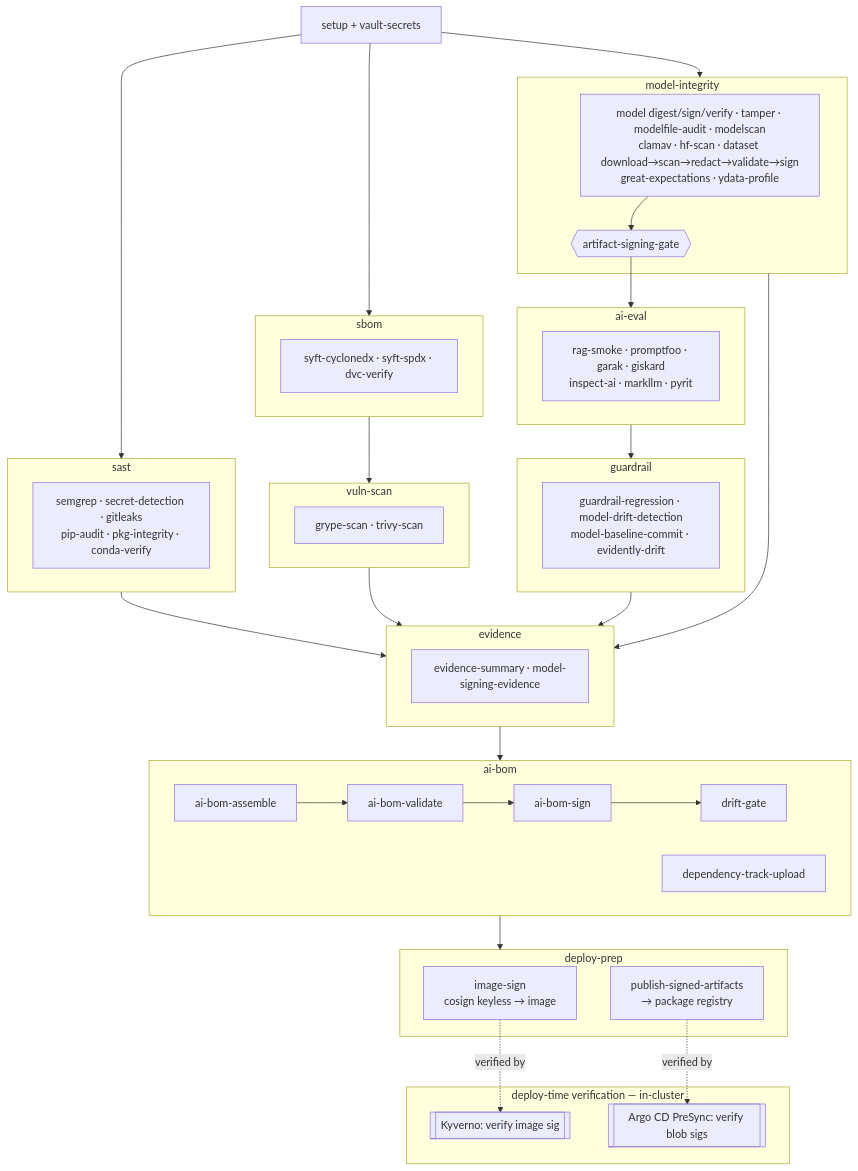
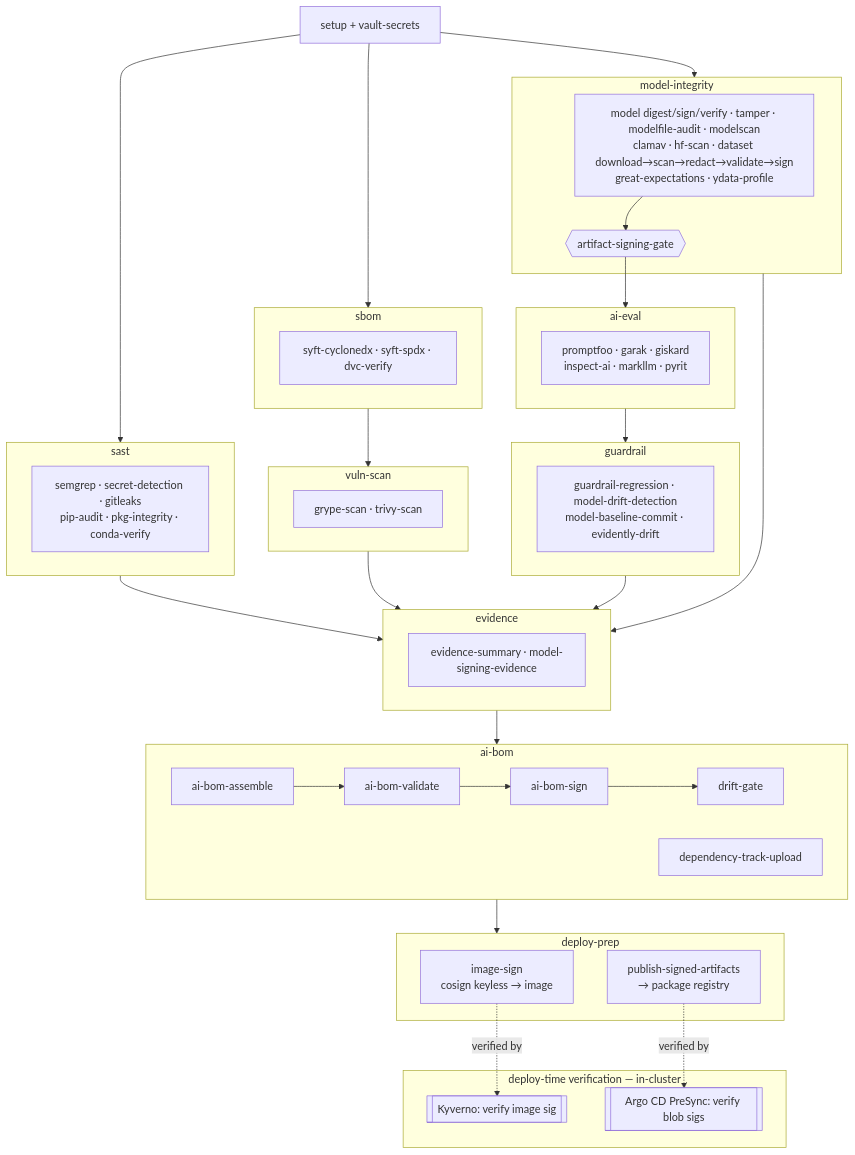
Before and after one commit to Nate-Carroll-Cyber/mlsecdevops-pipeline-example: the diagram in docs/gaips-materials/ci/SBOM.md, drawn with Mermaid. The commit also changed 10 other files, not shown here.

Commit message:
ci: remove rag smoke eval holdover

````diff
--- a/docs/gaips-materials/ci/SBOM.md
+++ b/docs/gaips-materials/ci/SBOM.md
@@ -18,47 +18,47 @@
 ```mermaid
 flowchart TD
     setup[setup + vault-secrets]
     subgraph SAST [sast]
       s1[semgrep · secret-detection · gitleaks<br/>pip-audit · pkg-integrity · conda-verify]
     end
     subgraph SBOM [sbom]
       s2[syft-cyclonedx · syft-spdx · dvc-verify]
     end
     subgraph VULN [vuln-scan]
       s3[grype-scan · trivy-scan]
     end
     subgraph MI [model-integrity]
       s4[model digest/sign/verify · tamper · modelfile-audit · modelscan<br/>clamav · hf-scan · dataset download→scan→redact→validate→sign<br/>great-expectations · ydata-profile]
       g{{artifact-signing-gate}}
       s4 --> g
     end
     subgraph EVAL [ai-eval]
-      s5[rag-smoke · promptfoo · garak · giskard<br/>inspect-ai · markllm · pyrit]
+      s5[promptfoo · garak · giskard<br/>inspect-ai · markllm · pyrit]
     end
     subgraph GUARD [guardrail]
       s6[guardrail-regression · model-drift-detection<br/>model-baseline-commit · evidently-drift]
     end
     subgraph EVID [evidence]
       s7[evidence-summary · model-signing-evidence]
     end
     subgraph AIBOM [ai-bom]
       a1[ai-bom-assemble] --> a2[ai-bom-validate] --> a3[ai-bom-sign] --> a4[drift-gate]
       a5[dependency-track-upload]
     end
     subgraph DEPLOY [deploy-prep]
       d1[image-sign<br/>cosign keyless → image]
       d2[publish-signed-artifacts<br/>→ package registry]
     end
     subgraph VERIFY [deploy-time verification — in-cluster]
       v1[[Kyverno: verify image sig]]
       v2[[Argo CD PreSync: verify blob sigs]]
     end
 
     setup --> SAST & SBOM & MI
     SBOM --> VULN
     g --> EVAL --> GUARD
     SAST & VULN & GUARD & MI --> EVID
     EVID --> AIBOM --> DEPLOY
     d1 -. "verified by" .-> v1
     d2 -. "verified by" .-> v2
 ```
````
